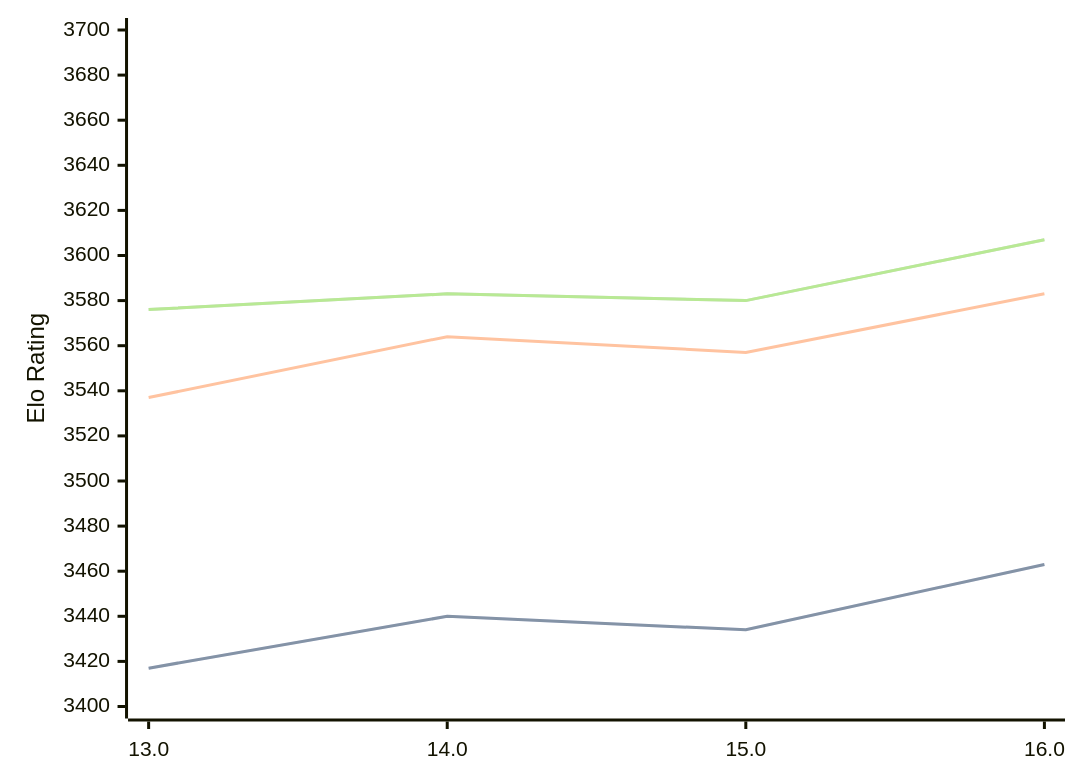
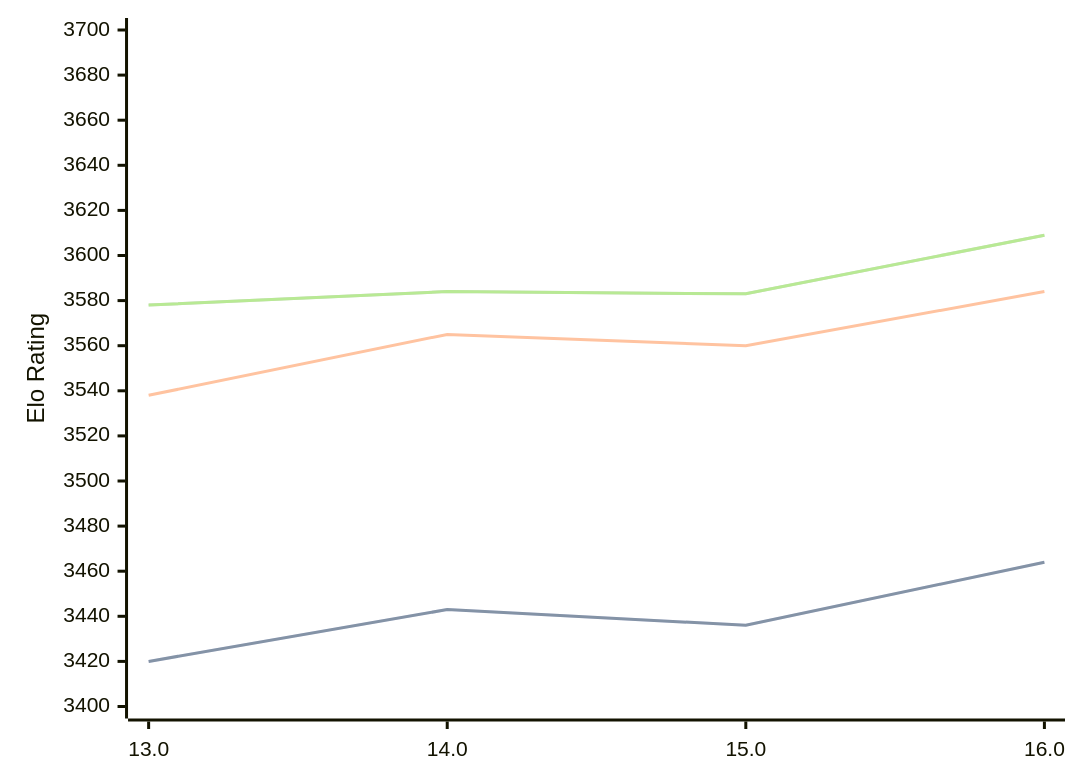
One commit to computer-chess-index/cci changed the diagram in engines/Obsidian.md. Above: the diagram before and after it, drawn with Mermaid. The commit also changed other lines of this file, not shown here.

Commit message:
Update CCI Ratings (ELO VLTC) - 2026-04-11

````diff
--- a/engines/Obsidian.md
+++ b/engines/Obsidian.md
@@ -43,11 +43,11 @@
 ```mermaid
 %%{init: {"theme":"base","themeVariables":{"seriesColors:['#a3a3a3','#222221','#faa371']}}}%%
 xychart-beta
   x-axis ["13.0", "14.0", "15.0", "16.0"]
   y-axis "Elo Rating" 3400 --> 3700
-  line "STC (8.0+0.08s)" [3417, 3440, 3434, 3463]
-  line "STC (8.0+0.08s)" [3417, 3440, 3434, 3463]
-  line "LTC (60.0+0.60s)" [3537, 3564, 3557, 3583]
-  line "VLTC (2m24s+1.12s)" [3576, 3583, 3580, 3607]
-  line "VLTC (2m24s+1.12s)" [3576, 3583, 3580, 3607]
+  line "STC (8.0+0.08s)" [3420, 3443, 3436, 3464]
+  line "STC (8.0+0.08s)" [3420, 3443, 3436, 3464]
+  line "LTC (60.0+0.60s)" [3538, 3565, 3560, 3584]
+  line "VLTC (2m24s+1.12s)" [3578, 3584, 3583, 3609]
+  line "VLTC (2m24s+1.12s)" [3578, 3584, 3583, 3609]
 ```
````
